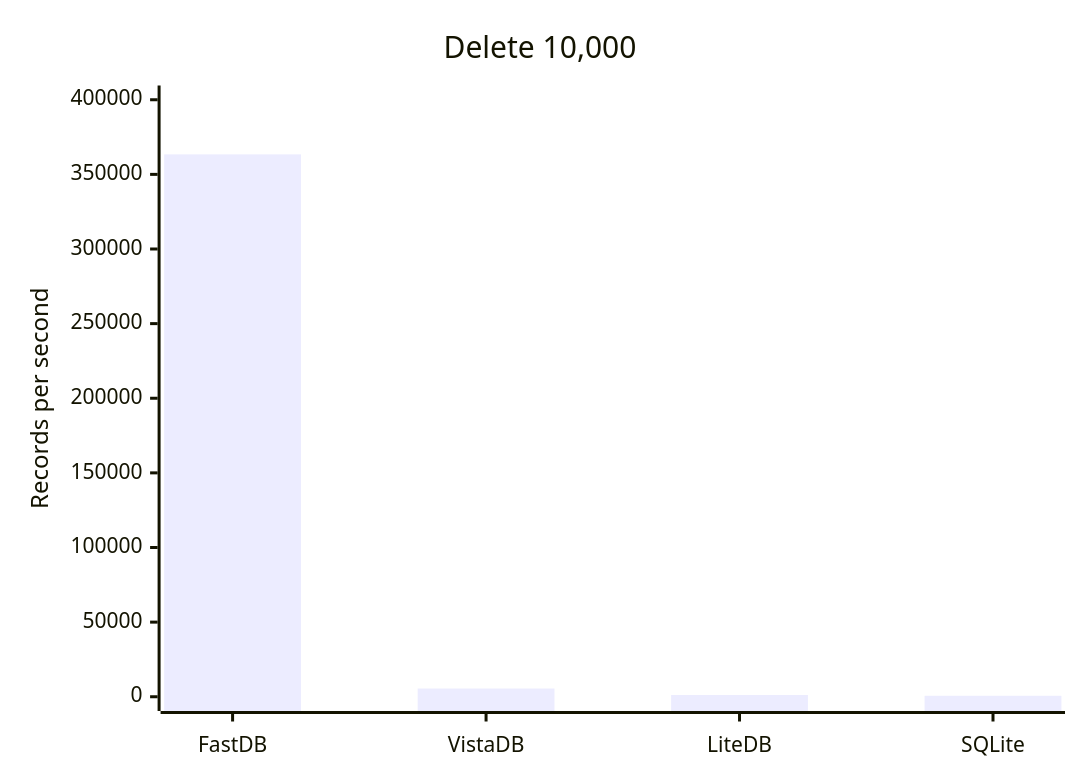
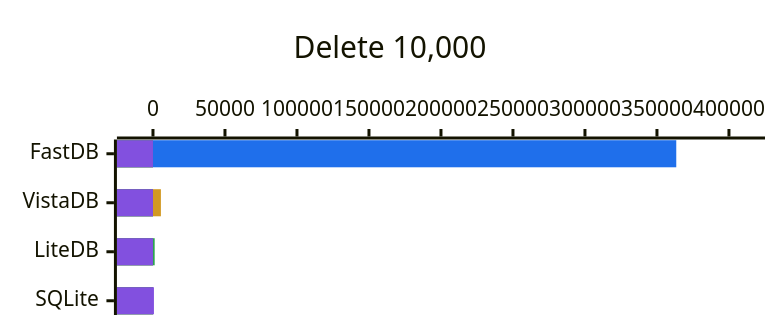
The second of 5 diagrams in README.md (stonstad/Stellar.FastDB), drawn with Mermaid before and after one commit. The commit also changed other lines of this file, not shown here.

````diff
--- a/README.md
+++ b/README.md
@@ -14,7 +18,11 @@
 ```mermaid
-xychart-beta
+%%{init: {"xyChart": {"width": 500, "height": 200}, "themeVariables": {"xyChart": {"plotColorPalette": "#1f6feb, #d29922, #2da44e, #8250df"}}}}%%
+xychart-beta horizontal
     title "Delete 10,000"
     x-axis [FastDB, VistaDB, LiteDB, SQLite]
     y-axis "Records per second" 0 --> 400000
-    bar [363406, 5503, 1179, 664]
+    bar [363406, 0, 0, 0]
+    bar [0, 5503, 0, 0]
+    bar [0, 0, 1179, 0]
+    bar [0, 0, 0, 664]
 ```
````
